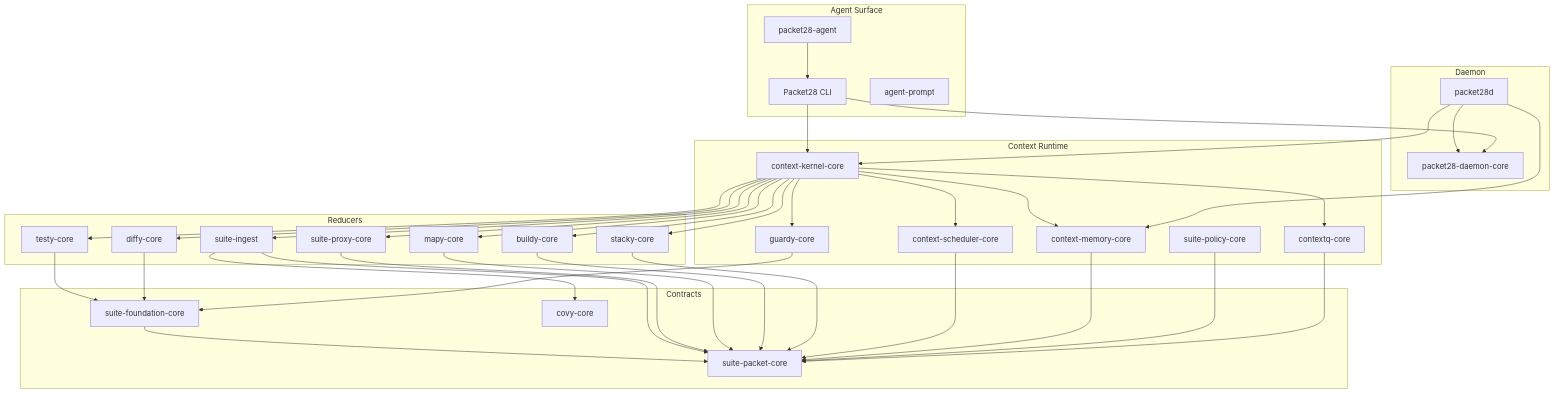
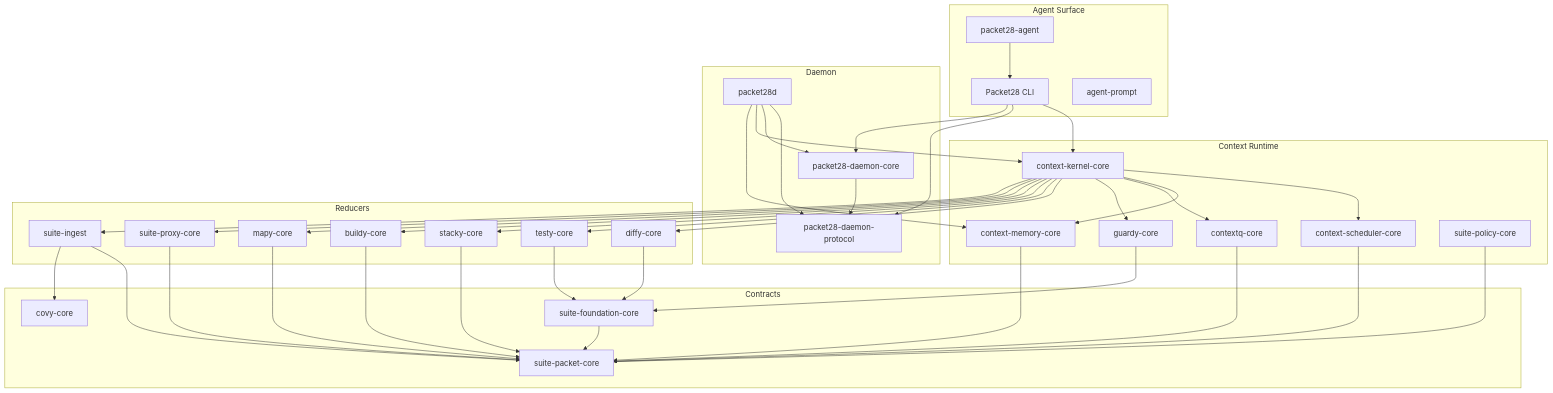
Before and after one commit to usharma123/Covy: the fifth of 5 diagrams in README.md, drawn with Mermaid. The commit also changed other lines of this file and 32 other files, not shown here.

Commit message:
refactor(packet28d): own broker modules and thin daemon bootstrap

````diff
--- a/README.md
+++ b/README.md
@@ -477,73 +484,77 @@
 ```mermaid
 flowchart TD
   subgraph Surface["Agent Surface"]
     PA["packet28-agent"]
     P28["Packet28 CLI"]
     PROMPT["agent-prompt"]
   end
 
   subgraph Daemon["Daemon"]
     D["packet28d"]
+    DP["packet28-daemon-protocol"]
     DC["packet28-daemon-core"]
   end
 
   subgraph Runtime["Context Runtime"]
     K["context-kernel-core"]
     M["context-memory-core"]
     S["context-scheduler-core"]
     CQ["contextq-core"]
     G["guardy-core"]
     POL["suite-policy-core"]
   end
 
   subgraph Reducers["Reducers"]
     DIF["diffy-core"]
     TES["testy-core"]
     STA["stacky-core"]
     BUI["buildy-core"]
     MAP["mapy-core"]
     PRX["suite-proxy-core"]
     ING["suite-ingest"]
   end
 
   subgraph Shared["Contracts"]
     PKT["suite-packet-core"]
     FND["suite-foundation-core"]
     COV["covy-core"]
   end
 
   PA --> P28
   P28 --> K
+  P28 --> DP
   P28 --> DC
+  D --> DP
   D --> DC
   D --> K
   D --> M
+  DC --> DP
 
   K --> S
   K --> M
   K --> CQ
   K --> G
   K --> DIF
   K --> TES
   K --> STA
   K --> BUI
   K --> MAP
   K --> PRX
   K --> ING
 
   CQ --> PKT
   G --> FND
   POL --> PKT
   M --> PKT
   S --> PKT
 
   DIF --> FND
   TES --> FND
   STA --> PKT
   BUI --> PKT
   MAP --> PKT
   PRX --> PKT
   ING --> PKT
   FND --> PKT
   ING --> COV
 ```
````
